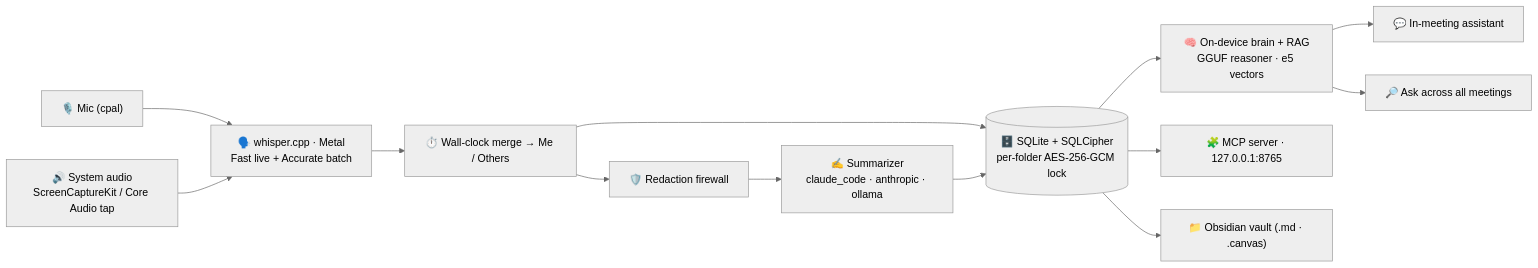
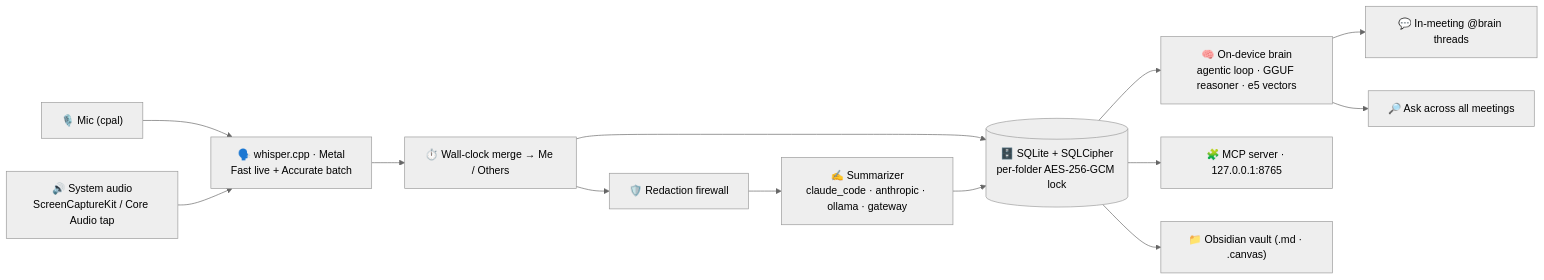
Before and after one commit to murmur-io/murmur: the diagram in README.md, drawn with Mermaid (neutral theme). The commit also changed other lines of this file and 19 other files, not shown here.

First line of the commit message:
docs: refresh README for v0.6.3 — capabilities, brain, architecture, MCP + fresh screenshots

````diff
--- a/README.md
+++ b/README.md
@@ -202,16 +228,16 @@
 ```mermaid
 flowchart LR
   mic["🎙️ Mic (cpal)"] --> asr
   sys["🔊 System audio<br/>ScreenCaptureKit / Core Audio tap"] --> asr
   asr["🗣️ whisper.cpp · Metal<br/>Fast live + Accurate batch"] --> merge
   merge["⏱️ Wall-clock merge → Me / Others"] --> db
   merge --> redact
   redact["🛡️ Redaction firewall"] --> prov
-  prov["✍️ Summarizer<br/>claude_code · anthropic · ollama"] --> db
+  prov["✍️ Summarizer<br/>claude_code · anthropic · ollama · gateway"] --> db
   db[("🗄️ SQLite + SQLCipher<br/>per-folder AES-256-GCM lock")]
-  db --> brain["🧠 On-device brain + RAG<br/>GGUF reasoner · e5 vectors"]
-  brain --> live["💬 In-meeting assistant"]
+  db --> brain["🧠 On-device brain<br/>agentic loop · GGUF reasoner · e5 vectors"]
+  brain --> live["💬 In-meeting @brain threads"]
   brain --> ask["🔎 Ask across all meetings"]
   db --> mcp["🧩 MCP server · 127.0.0.1:8765"]
   db --> vault["📁 Obsidian vault (.md · .canvas)"]
 ```
````
